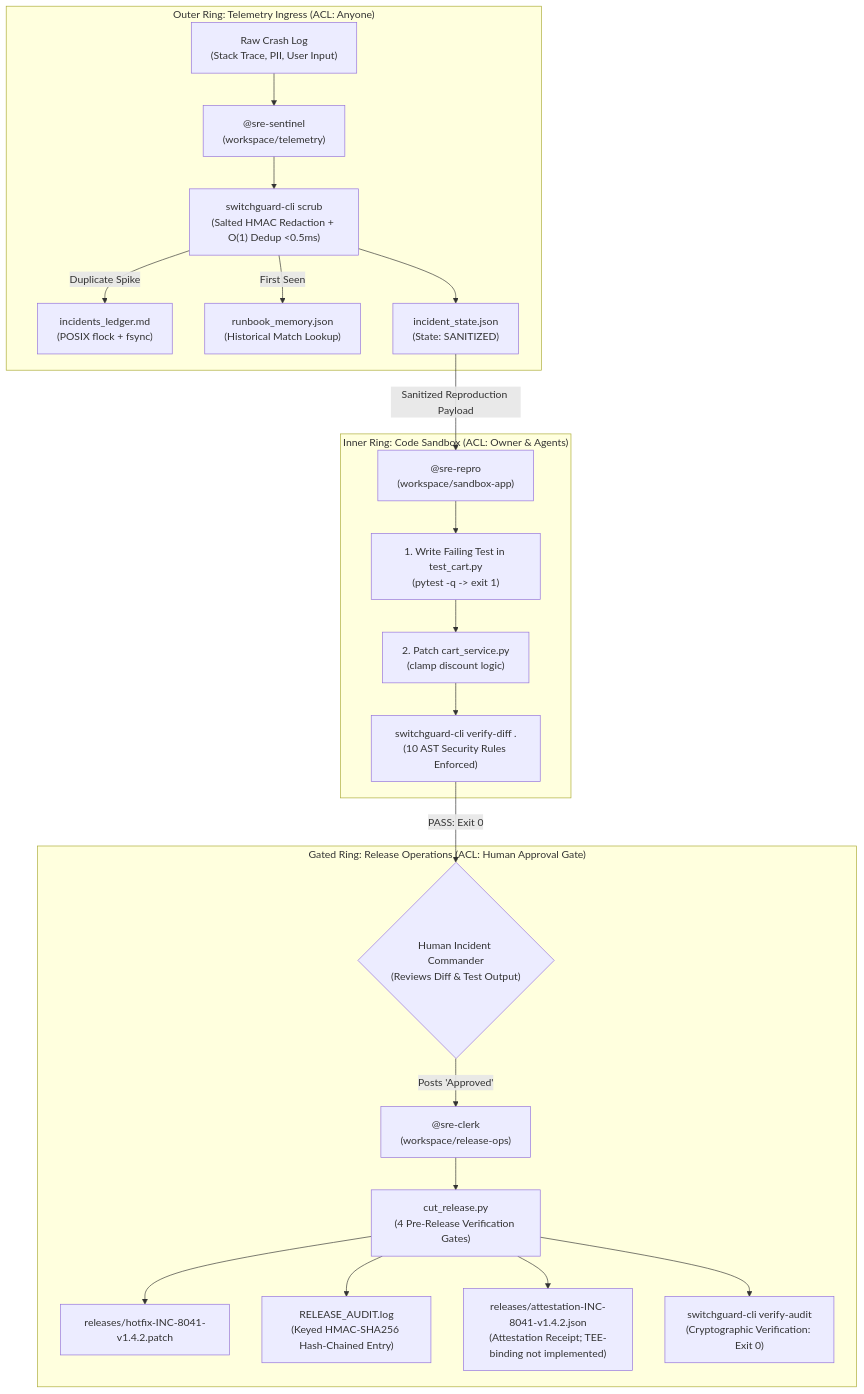
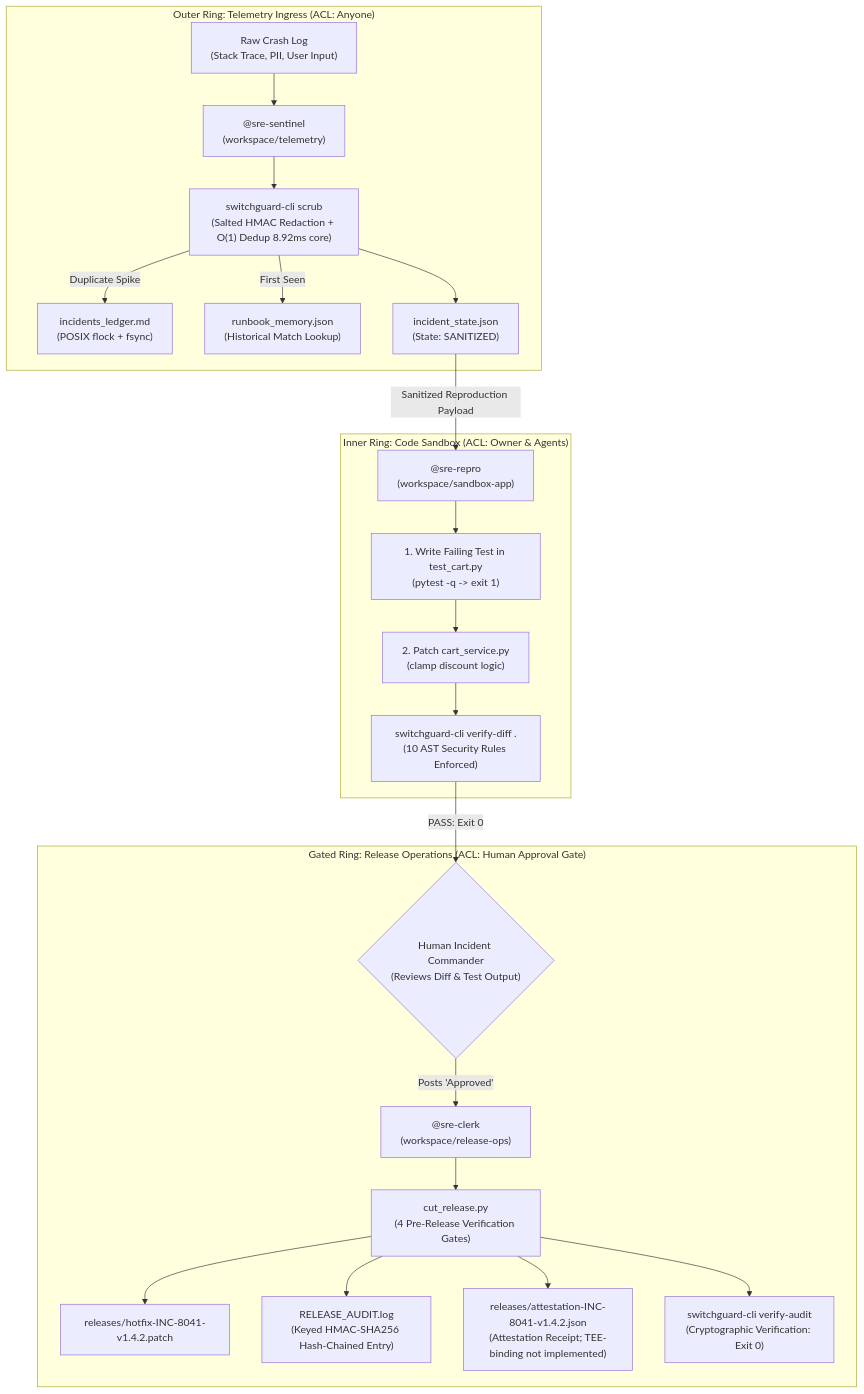
Before and after one commit to Anshulkaocde123/switchguard-sre: the first of 4 diagrams in BLOG.md, drawn with Mermaid. The commit also changed other lines of this file and 13 other files, not shown here.

````diff
--- a/BLOG.md
+++ b/BLOG.md
@@ -48,27 +48,27 @@
 ```mermaid
 flowchart TB
     subgraph IngressLayer["Outer Ring: Telemetry Ingress (ACL: Anyone)"]
         RawLog["Raw Crash Log\n(Stack Trace, PII, User Input)"] --> Sentinel["@sre-sentinel\n(workspace/telemetry)"]
-        Sentinel --> RustScrub["switchguard-cli scrub\n(Salted HMAC Redaction + O(1) Dedup <0.5ms)"]
+        Sentinel --> RustScrub["switchguard-cli scrub\n(Salted HMAC Redaction + O(1) Dedup 8.92ms core)"]
         RustScrub -->|Duplicate Spike| LedgerMD["incidents_ledger.md\n(POSIX flock + fsync)"]
         RustScrub -->|First Seen| Runbook["runbook_memory.json\n(Historical Match Lookup)"]
         RustScrub --> StateFSM["incident_state.json\n(State: SANITIZED)"]
     end
 
     subgraph SandboxLayer["Inner Ring: Code Sandbox (ACL: Owner & Agents)"]
         StateFSM -->|Sanitized Reproduction Payload| Repro["@sre-repro\n(workspace/sandbox-app)"]
         Repro --> TDDPhase1["1. Write Failing Test in test_cart.py\n(pytest -q -> exit 1)"]
         TDDPhase1 --> TDDPhase2["2. Patch cart_service.py\n(clamp discount logic)"]
         TDDPhase2 --> RustVerify["switchguard-cli verify-diff .\n(10 AST Security Rules Enforced)"]
     end
 
     subgraph ReleaseLayer["Gated Ring: Release Operations (ACL: Human Approval Gate)"]
         RustVerify -->|PASS: Exit 0| Commander{"Human Incident Commander\n(Reviews Diff & Test Output)"}
         Commander -->|Posts 'Approved'| Clerk["@sre-clerk\n(workspace/release-ops)"]
         Clerk --> CutRelease["cut_release.py\n(4 Pre-Release Verification Gates)"]
         CutRelease --> PatchArtifact["releases/hotfix-INC-8041-v1.4.2.patch"]
         CutRelease --> AuditLog["RELEASE_AUDIT.log\n(Keyed HMAC-SHA256 Hash-Chained Entry)"]
         CutRelease --> Attestation["releases/attestation-INC-8041-v1.4.2.json\n(Attestation Receipt; TEE-binding not implemented)"]
         CutRelease --> RustAudit["switchguard-cli verify-audit\n(Cryptographic Verification: Exit 0)"]
     end
 ```
````
